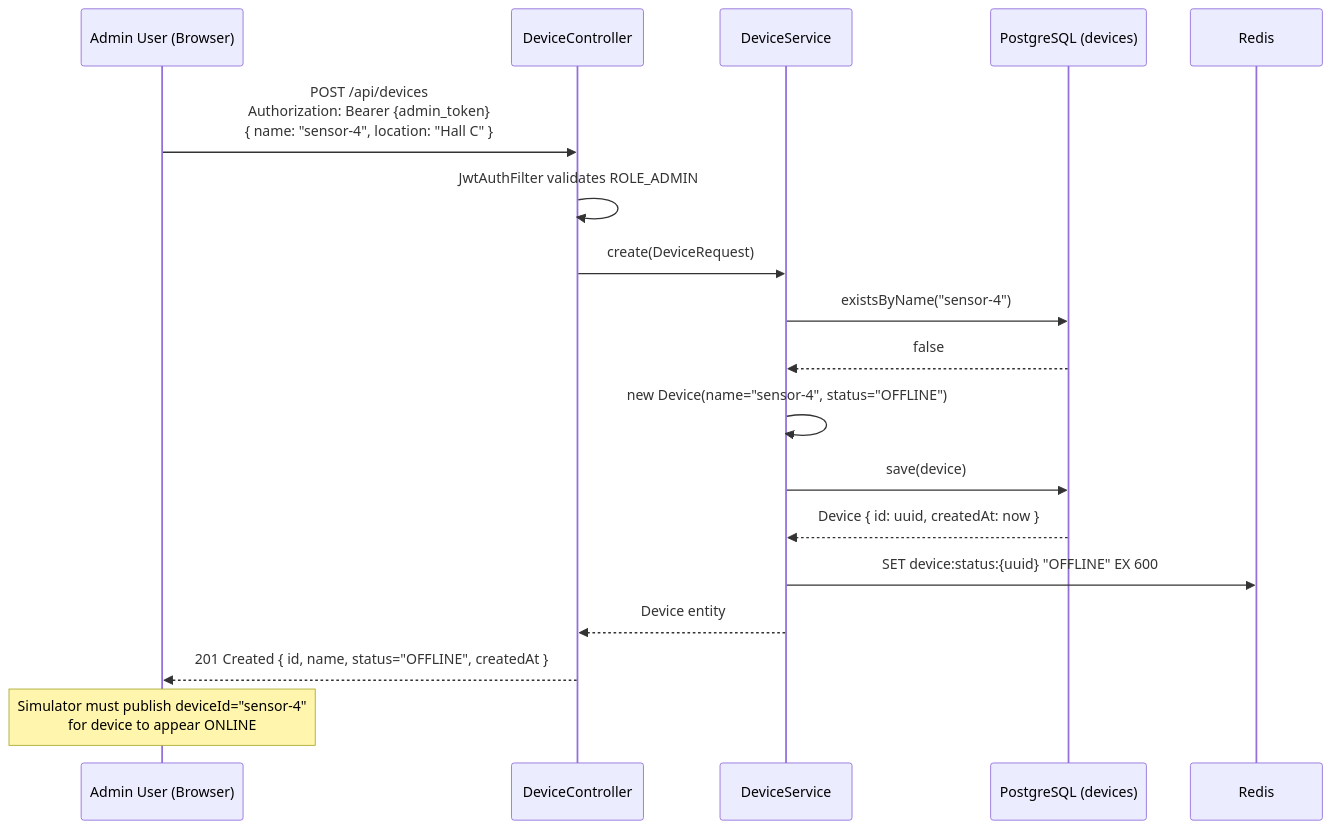
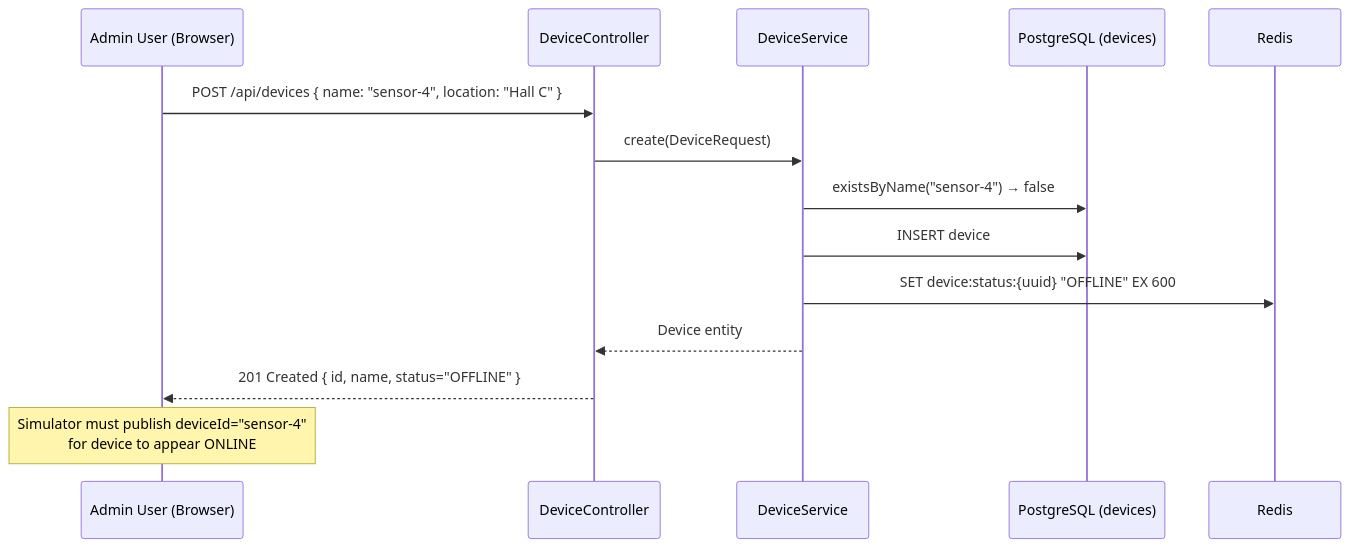
One commit to thitipongroo/sentinel-iot-platform changed the ninth of 9 diagrams in docs/sequence-diagrams.md. Above: the diagram before and after it, drawn with Mermaid. The commit also changed other lines of this file and 4 other files, not shown here.

````diff
--- a/docs/sequence-diagrams.md
+++ b/docs/sequence-diagrams.md
@@ -192,25 +339,18 @@
 ```mermaid
 sequenceDiagram
     participant ADMIN as Admin User (Browser)
     participant API as DeviceController
     participant SVC as DeviceService
     participant DB as PostgreSQL (devices)
     participant REDIS as Redis
 
-    ADMIN->>API: POST /api/devices<br/>Authorization: Bearer {admin_token}<br/>{ name: "sensor-4", location: "Hall C" }
-
-    API->>API: JwtAuthFilter validates ROLE_ADMIN
+    ADMIN->>API: POST /api/devices { name: "sensor-4", location: "Hall C" }
     API->>SVC: create(DeviceRequest)
-    SVC->>DB: existsByName("sensor-4")
-    DB-->>SVC: false
-
-    SVC->>SVC: new Device(name="sensor-4", status="OFFLINE")
-    SVC->>DB: save(device)
-    DB-->>SVC: Device { id: uuid, createdAt: now }
-
+    SVC->>DB: existsByName("sensor-4") → false
+    SVC->>DB: INSERT device
     SVC->>REDIS: SET device:status:{uuid} "OFFLINE" EX 600
     SVC-->>API: Device entity
-    API-->>ADMIN: 201 Created { id, name, status="OFFLINE", createdAt }
+    API-->>ADMIN: 201 Created { id, name, status="OFFLINE" }
 
     Note over ADMIN: Simulator must publish deviceId="sensor-4"<br/>for device to appear ONLINE
 ```
````
